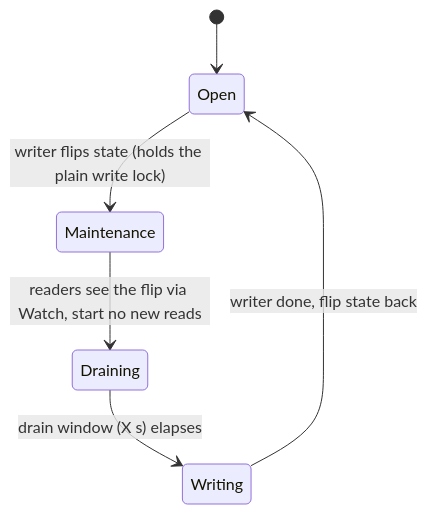
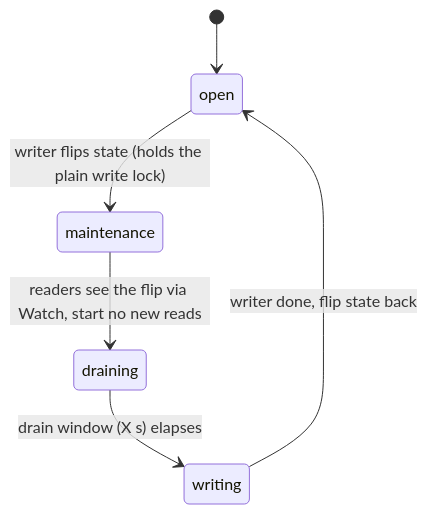
One commit to go-core-stack/core changed the second of 3 diagrams in sync/README.md. Above: the diagram before and after it, drawn with Mermaid. The commit also changed other lines of this file, not shown here.

Commit message:
docs(sync): add crash-recovery caveat + align state-name casing
Address review feedback on #129:
- Add a fourth knob/limit to the maintenance-mode barrier: crash recovery is
  the caller's responsibility. Lock TTL expiry reclaims writer exclusion but
  never resets the state document, so a writer crashing mid-maintenance leaves
  cooperative readers blocked until a recovery writer flips state back to open.
- Lowercase the stateDiagram-v2 node names (open/maintenance/draining/writing)
  to match the backtick-quoted state values used in the sequence diagram and
  prose.

````diff
--- a/sync/README.md
+++ b/sync/README.md
@@ -198,8 +198,8 @@
 ```mermaid
 stateDiagram-v2
-    [*] --> Open
-    Open --> Maintenance: writer flips state (holds the plain write lock)
-    Maintenance --> Draining: readers see the flip via Watch, start no new reads
-    Draining --> Writing: drain window (X s) elapses
-    Writing --> Open: writer done, flip state back
+    [*] --> open
+    open --> maintenance: writer flips state (holds the plain write lock)
+    maintenance --> draining: readers see the flip via Watch, start no new reads
+    draining --> writing: drain window (X s) elapses
+    writing --> open: writer done, flip state back
 ```
````
